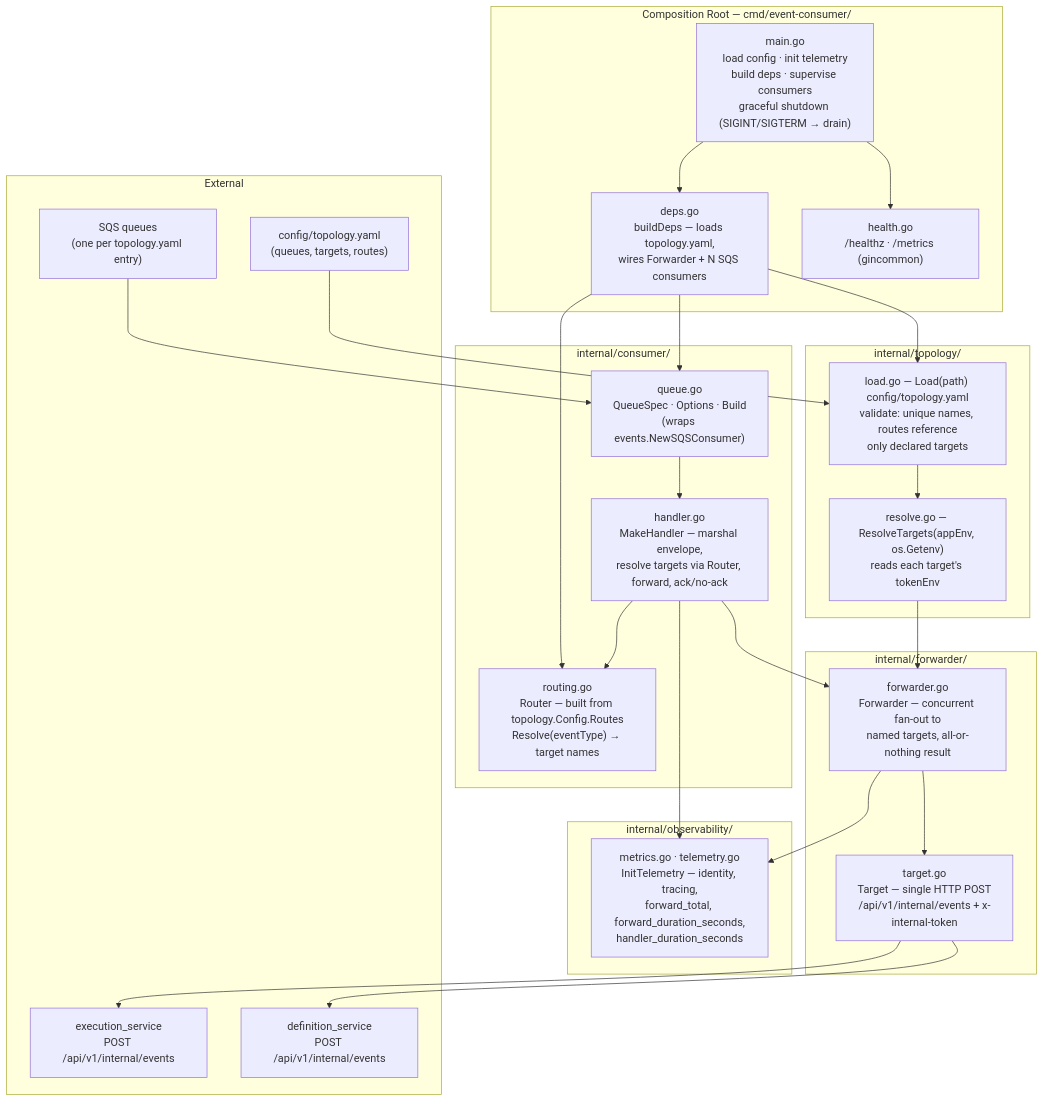
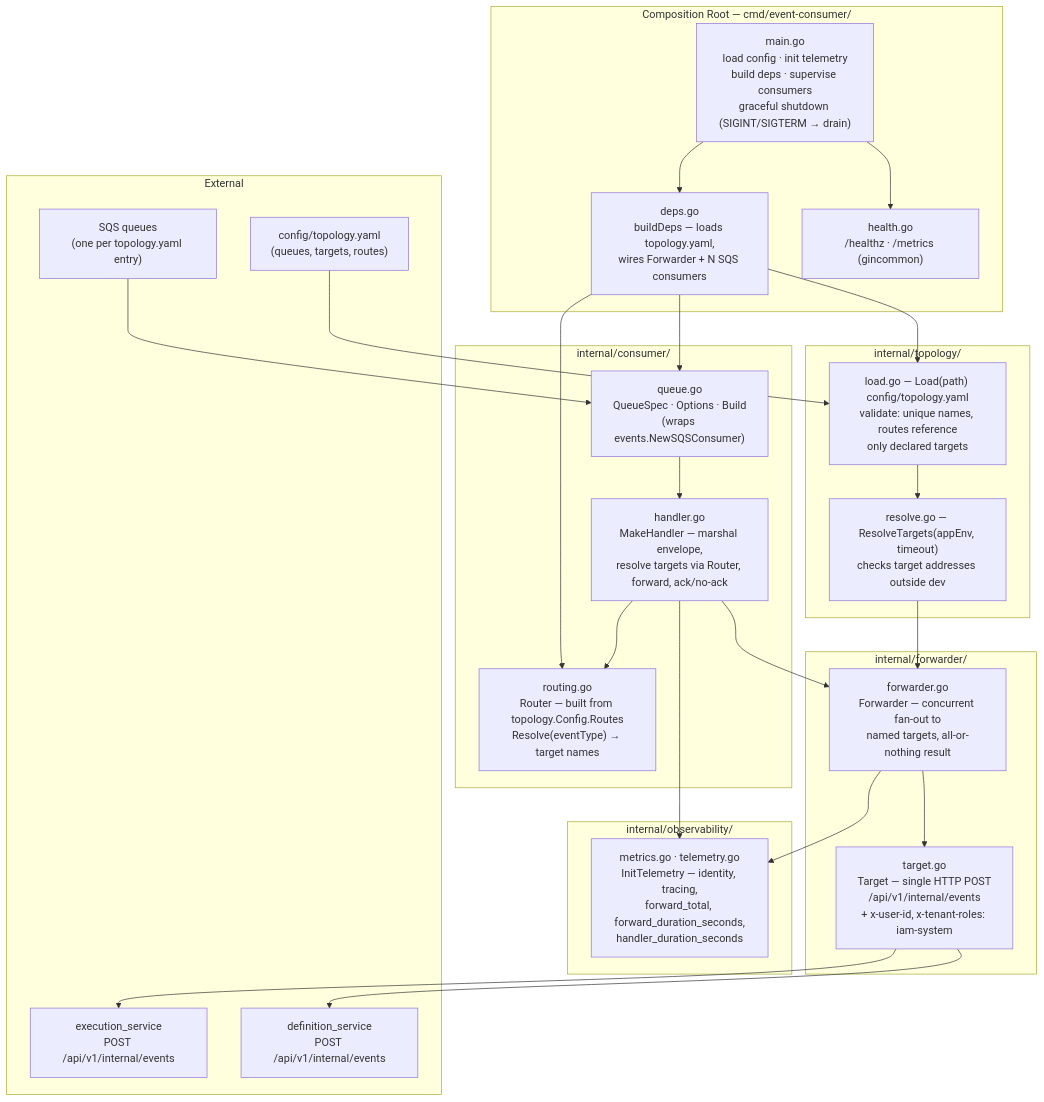
One commit to BCBP-SOLUTIONS-FZC-LLC/workflow-event-consumer changed the first of 3 diagrams in ARCHITECTURE.md. Above: the diagram before and after it, drawn with Mermaid. The commit also changed other lines of this file and 46 other files, not shown here.

First line of the commit message:
feat(forwarder): forwarded events carry the system caller identity (#8)

````diff
--- a/ARCHITECTURE.md
+++ b/ARCHITECTURE.md
@@ -19,53 +19,53 @@
 ```mermaid
 graph TD
     subgraph cmd["Composition Root — cmd/event-consumer/"]
         main["main.go\nload config · init telemetry\nbuild deps · supervise consumers\ngraceful shutdown (SIGINT/SIGTERM → drain)"]
         deps["deps.go\nbuildDeps — loads topology.yaml,\nwires Forwarder + N SQS consumers"]
         health["health.go\n/healthz · /metrics (gincommon)"]
     end
 
     subgraph topology["internal/topology/"]
         topoload["load.go — Load(path) config/topology.yaml\nvalidate: unique names, routes reference\nonly declared targets"]
-        resolve["resolve.go — ResolveTargets(appEnv, os.Getenv)\nreads each target's tokenEnv"]
+        resolve["resolve.go — ResolveTargets(appEnv, timeout)\nchecks target addresses outside dev"]
     end
 
     subgraph consumer["internal/consumer/"]
         queue["queue.go\nQueueSpec · Options · Build\n(wraps events.NewSQSConsumer)"]
         handler["handler.go\nMakeHandler — marshal envelope,\nresolve targets via Router, forward, ack/no-ack"]
         routing["routing.go\nRouter — built from topology.Config.Routes\nResolve(eventType) → target names"]
     end
 
     subgraph forwarder["internal/forwarder/"]
         fwd["forwarder.go\nForwarder — concurrent fan-out to\nnamed targets, all-or-nothing result"]
-        target["target.go\nTarget — single HTTP POST\n/api/v1/internal/events + x-internal-token"]
+        target["target.go\nTarget — single HTTP POST\n/api/v1/internal/events\n+ x-user-id, x-tenant-roles: iam-system"]
     end
 
     subgraph observability["internal/observability/"]
         metrics["metrics.go · telemetry.go\nInitTelemetry — identity, tracing,\nforward_total, forward_duration_seconds,\nhandler_duration_seconds"]
     end
 
     subgraph external["External"]
         yaml["config/topology.yaml\n(queues, targets, routes)"]
         sqs["SQS queues\n(one per topology.yaml entry)"]
         exec["execution_service\nPOST /api/v1/internal/events"]
         def["definition_service\nPOST /api/v1/internal/events"]
     end
 
     yaml --> topoload
     deps --> topoload
     topoload --> resolve
     resolve --> fwd
     sqs --> queue
     main --> deps
     deps --> queue
     deps --> routing
     main --> health
     queue --> handler
     handler --> routing
     handler --> fwd
     fwd --> target
     target --> exec
     target --> def
     handler --> metrics
     fwd --> metrics
 ```
````
